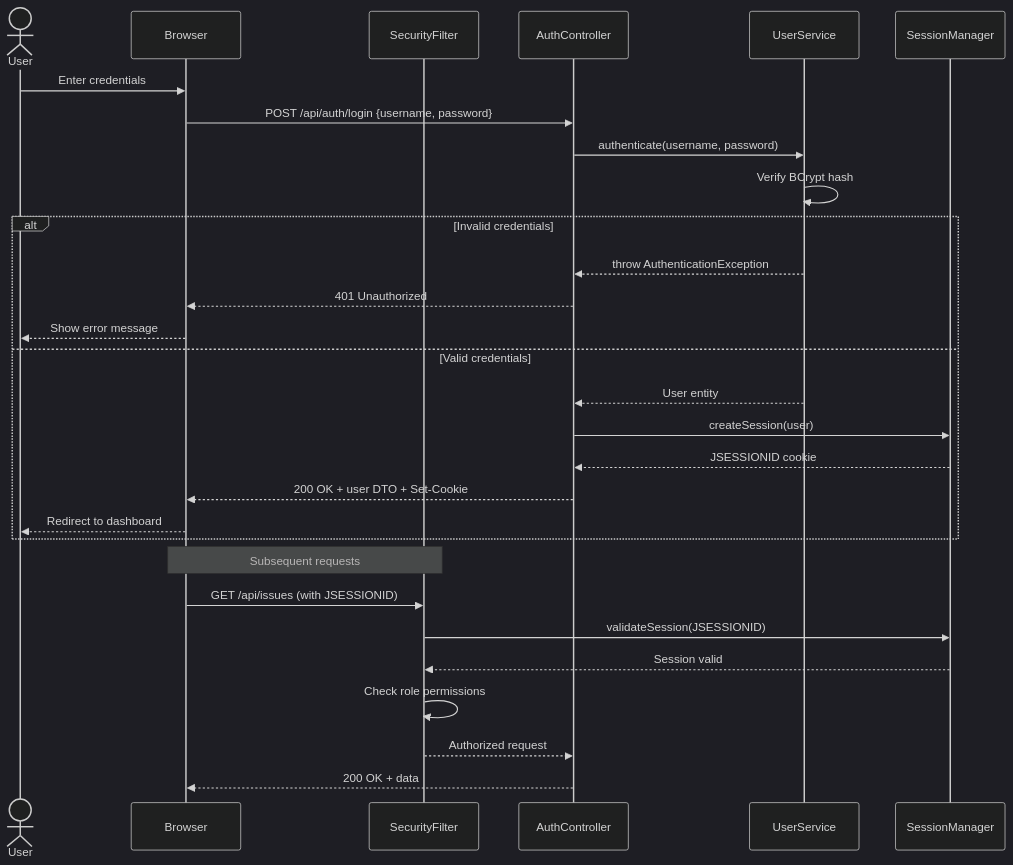
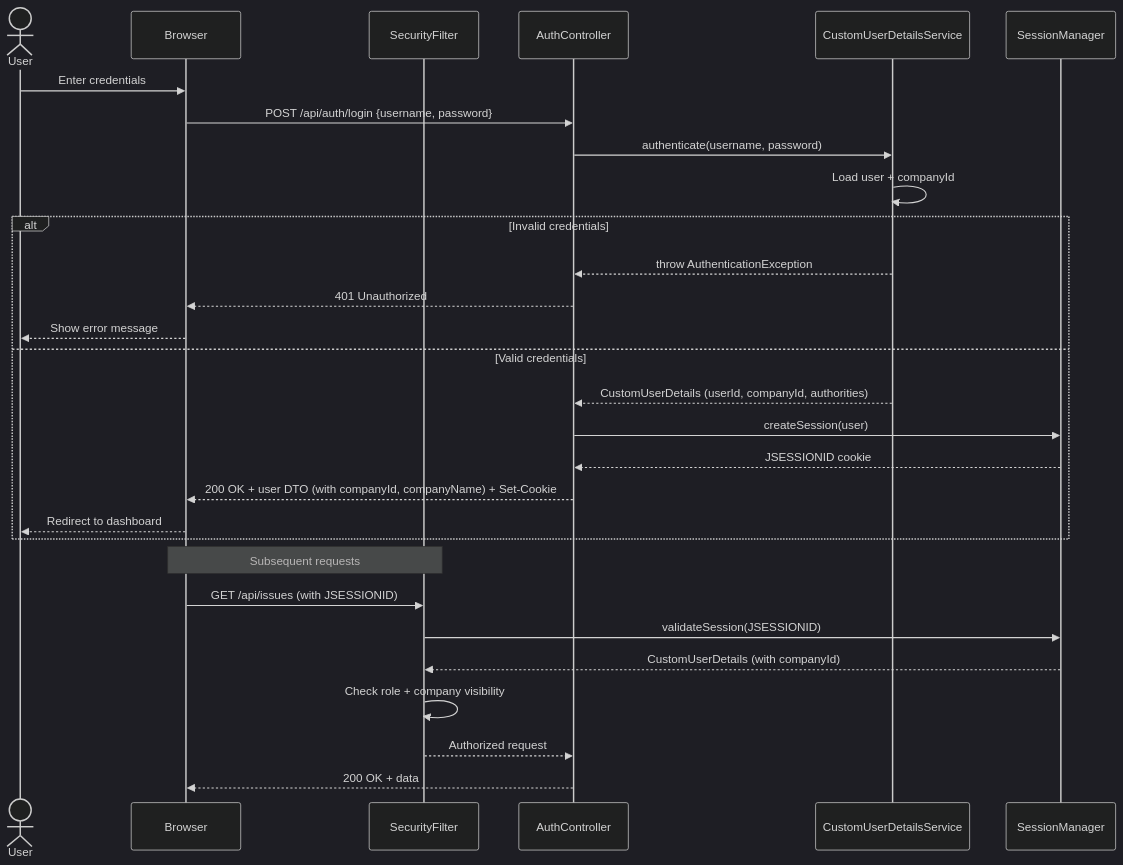
One commit to rezzix/jari changed the fourth of 7 diagrams in docs/uml-diagrams.md. Above: the diagram before and after it, drawn with Mermaid (dark theme). The commit also changed other lines of this file and 69 other files, not shown here.

````diff
--- a/docs/uml-diagrams.md
+++ b/docs/uml-diagrams.md
@@ -249,34 +302,34 @@
 ```mermaid
 sequenceDiagram
     actor User
     participant Browser
     participant SecurityFilter
     participant AuthController
-    participant UserService
+    participant CustomUserDetailsService
     participant SessionManager
 
     User->>Browser: Enter credentials
     Browser->>AuthController: POST /api/auth/login {username, password}
-    AuthController->>UserService: authenticate(username, password)
-    UserService->>UserService: Verify BCrypt hash
+    AuthController->>CustomUserDetailsService: authenticate(username, password)
+    CustomUserDetailsService->>CustomUserDetailsService: Load user + companyId
     alt Invalid credentials
-        UserService-->>AuthController: throw AuthenticationException
+        CustomUserDetailsService-->>AuthController: throw AuthenticationException
         AuthController-->>Browser: 401 Unauthorized
         Browser-->>User: Show error message
     else Valid credentials
-        UserService-->>AuthController: User entity
+        CustomUserDetailsService-->>AuthController: CustomUserDetails (userId, companyId, authorities)
         AuthController->>SessionManager: createSession(user)
         SessionManager-->>AuthController: JSESSIONID cookie
-        AuthController-->>Browser: 200 OK + user DTO + Set-Cookie
+        AuthController-->>Browser: 200 OK + user DTO (with companyId, companyName) + Set-Cookie
         Browser-->>User: Redirect to dashboard
     end
 
     Note over Browser,SecurityFilter: Subsequent requests
 
     Browser->>SecurityFilter: GET /api/issues (with JSESSIONID)
     SecurityFilter->>SessionManager: validateSession(JSESSIONID)
-    SessionManager-->>SecurityFilter: Session valid
-    SecurityFilter->>SecurityFilter: Check role permissions
+    SessionManager-->>SecurityFilter: CustomUserDetails (with companyId)
+    SecurityFilter->>SecurityFilter: Check role + company visibility
     SecurityFilter-->>AuthController: Authorized request
     AuthController-->>Browser: 200 OK + data
 ```
````
